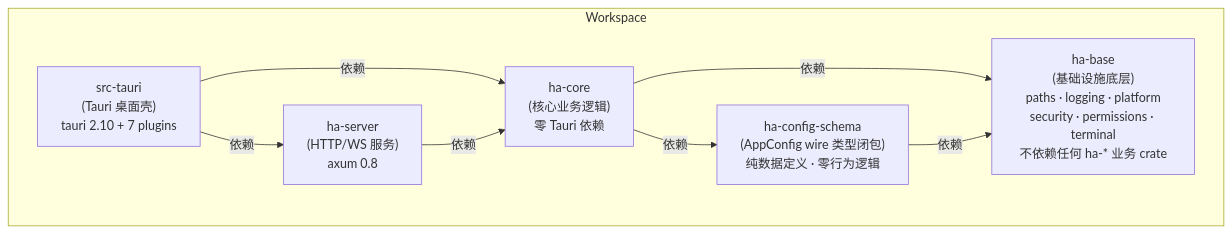
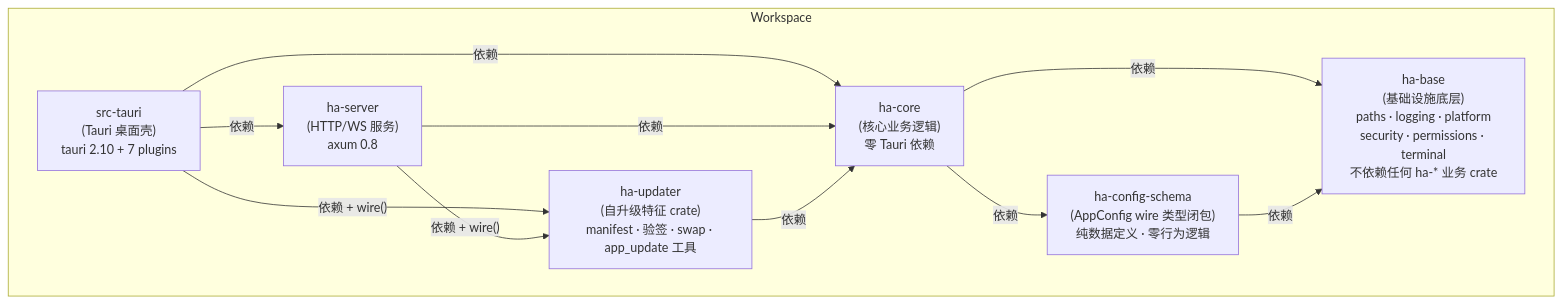
One commit to shiwenwen/hope-agent changed the first of 6 diagrams in docs/architecture/backend-separation.md. Above: the diagram before and after it, drawn with Mermaid. The commit also changed other lines of this file and 63 other files, not shown here.

First line of the commit message:
refactor(updater): 阶段 3 首发——自升级迁出为特征 crate ha-updater

````diff
--- a/docs/architecture/backend-separation.md
+++ b/docs/architecture/backend-separation.md
@@ -15,18 +15,22 @@
 ```mermaid
 graph TD
     subgraph Workspace
         HA_TAURI["src-tauri<br/>(Tauri 桌面壳)<br/>tauri 2.10 + 7 plugins"]
         HA_SERVER["ha-server<br/>(HTTP/WS 服务)<br/>axum 0.8"]
+        HA_UPDATER["ha-updater<br/>(自升级特征 crate)<br/>manifest · 验签 · swap · app_update 工具"]
         HA_CORE["ha-core<br/>(核心业务逻辑)<br/>零 Tauri 依赖"]
         HA_SCHEMA["ha-config-schema<br/>(AppConfig wire 类型闭包)<br/>纯数据定义 · 零行为逻辑"]
         HA_BASE["ha-base<br/>(基础设施底层)<br/>paths · logging · platform<br/>security · permissions · terminal<br/>不依赖任何 ha-* 业务 crate"]
     end
 
     HA_TAURI -->|"依赖"| HA_SERVER
+    HA_TAURI -->|"依赖 + wire()"| HA_UPDATER
     HA_TAURI -->|"依赖"| HA_CORE
+    HA_SERVER -->|"依赖 + wire()"| HA_UPDATER
     HA_SERVER -->|"依赖"| HA_CORE
+    HA_UPDATER -->|"依赖"| HA_CORE
     HA_CORE -->|"依赖"| HA_SCHEMA
     HA_CORE -->|"依赖"| HA_BASE
     HA_SCHEMA -->|"依赖"| HA_BASE
 
 ```
````
